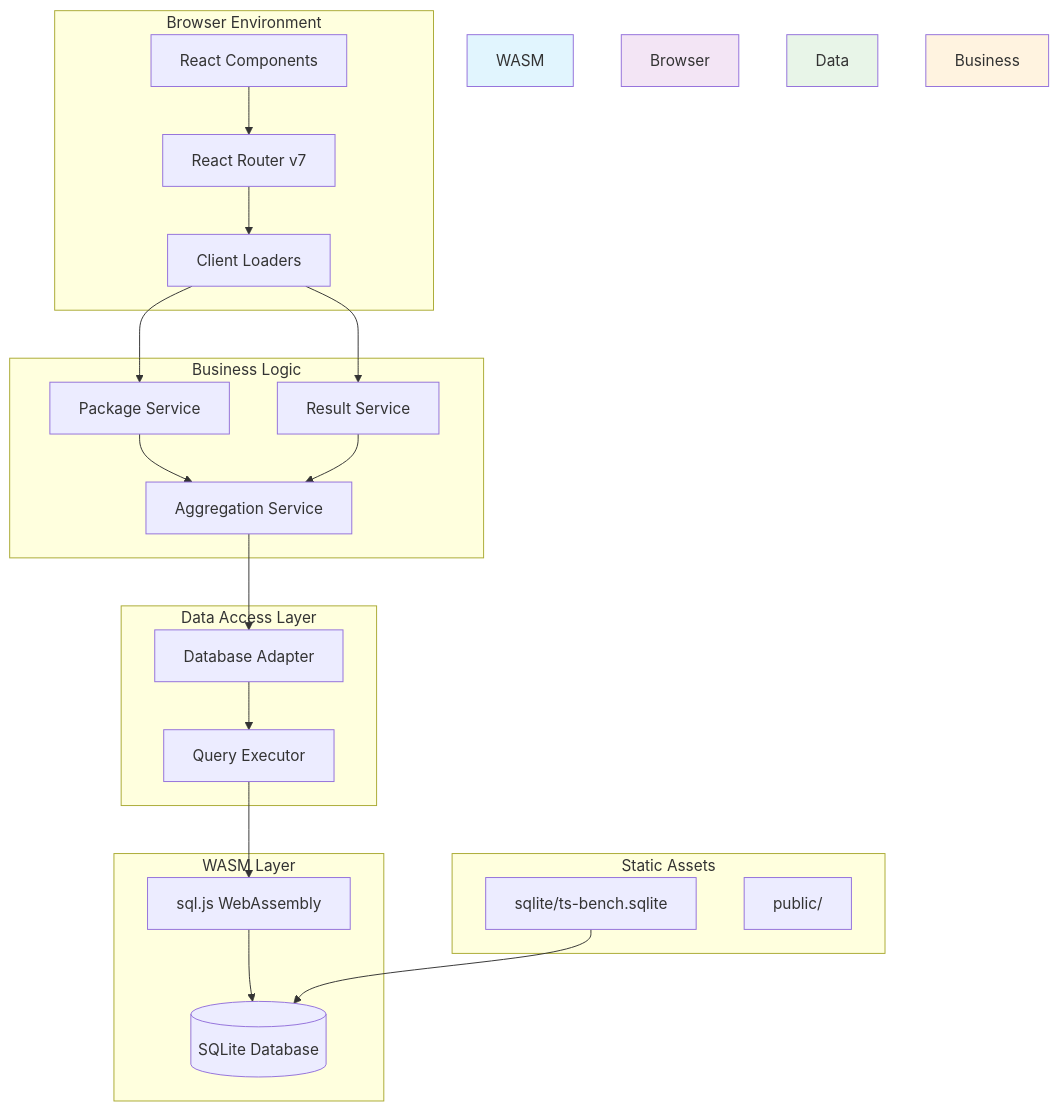
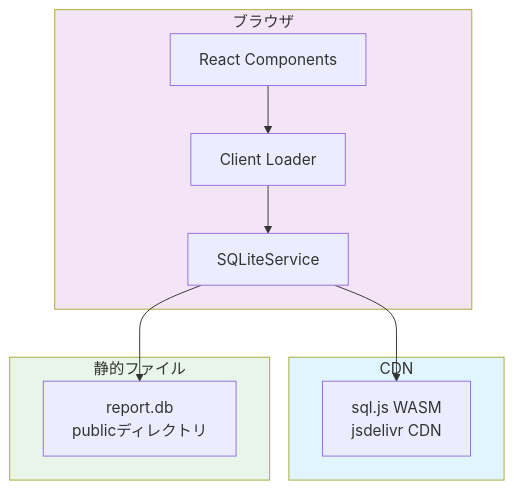
One commit to ToyB0x/ts-bench changed the first of 2 diagrams in tickets/2025-01-15/01-wasm/design.md. Above: the diagram before and after it, drawn with Mermaid. The commit also changed other lines of this file, not shown here.

Commit message:
feat: implement SQLiteService for WASM integration and update routing to clientLoader

````diff
--- a/tickets/2025-01-15/01-wasm/design.md
+++ b/tickets/2025-01-15/01-wasm/design.md
@@ -25,46 +44,25 @@
 ```mermaid
 graph TB
-    subgraph "Browser Environment"
+    subgraph "ブラウザ"
         UI[React Components]
-        Router[React Router v7]
-        CL[Client Loaders]
+        CL[Client Loader]
+        SS[SQLiteService]
     end
     
-    subgraph "WASM Layer"
-        SQLJS[sql.js WebAssembly]
-        DB[(SQLite Database)]
+    subgraph "CDN"
+        WASM[sql.js WASM<br/>jsdelivr CDN]
     end
     
-    subgraph "Data Access Layer"
-        DA[Database Adapter]
-        QE[Query Executor]
+    subgraph "静的ファイル"
+        DB[report.db<br/>publicディレクトリ]
     end
     
-    subgraph "Business Logic"
-        PS[Package Service]
-        RS[Result Service]
-        AS[Aggregation Service]
-    end
+    UI --> CL
+    CL --> SS
+    SS --> WASM
+    SS --> DB
     
-    subgraph "Static Assets"
-        SQLITE[sqlite/ts-bench.sqlite]
-        PUBLIC[public/]
-    end
-    
-    Router --> CL
-    CL --> PS
-    CL --> RS
-    UI --> Router
-    PS --> AS
-    RS --> AS
-    AS --> DA
-    DA --> QE
-    QE --> SQLJS
-    SQLJS --> DB
-    SQLITE --> DB
-    
-    style WASM fill:#e1f5fe
-    style Browser fill:#f3e5f5
-    style Data fill:#e8f5e8
-    style Business fill:#fff3e0
+    style CDN fill:#e1f5fe
+    style ブラウザ fill:#f3e5f5
+    style 静的ファイル fill:#e8f5e8
 ```
````
